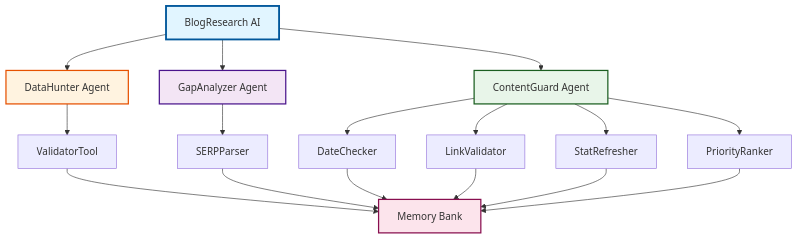
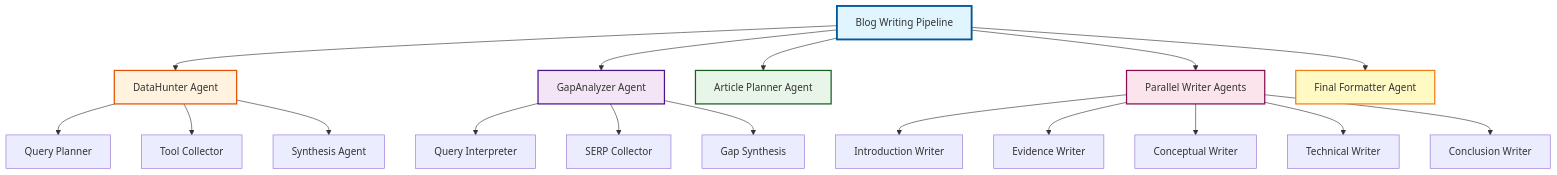
Before and after one commit to vishvjit18/From-10-to-2-The-AI-Agent-That-Writes-Enterprise-Blogs-5x-Faster: the diagram in README.md, drawn with Mermaid. The commit also changed other lines of this file and 12 other files, not shown here.

````diff
--- a/README.md
+++ b/README.md
@@ -27,26 +27,29 @@
 ```mermaid
 flowchart TD
-    A[BlogResearch AI] --> B[DataHunter Agent]
+    A[Blog Writing Pipeline] --> B[DataHunter Agent]
     A --> C[GapAnalyzer Agent]
-    A --> D[ContentGuard Agent]
+    A --> D[Article Planner Agent]
+    A --> E[Parallel Writer Agents]
+    A --> F[Final Formatter Agent]
     
-    B --> E[ValidatorTool]
-    C --> F[SERPParser]
-    D --> G[DateChecker]
-    D --> H[LinkValidator]
-    D --> I[StatRefresher]
-    D --> J[PriorityRanker]
+    B --> B1[Query Planner]
+    B --> B2[Tool Collector]
+    B --> B3[Synthesis Agent]
     
-    E --> K[Memory Bank]
-    F --> K
-    G --> K
-    H --> K
-    I --> K
-    J --> K
+    C --> C1[Query Interpreter]
+    C --> C2[SERP Collector]
+    C --> C3[Gap Synthesis]
+    
+    E --> E1[Introduction Writer]
+    E --> E2[Evidence Writer]
+    E --> E3[Conceptual Writer]
+    E --> E4[Technical Writer]
+    E --> E5[Conclusion Writer]
     
     style A fill:#e1f5ff,stroke:#01579b,stroke-width:3px
     style B fill:#fff3e0,stroke:#e65100,stroke-width:2px
     style C fill:#f3e5f5,stroke:#4a148c,stroke-width:2px
     style D fill:#e8f5e9,stroke:#1b5e20,stroke-width:2px
-    style K fill:#fce4ec,stroke:#880e4f,stroke-width:2px
+    style E fill:#fce4ec,stroke:#880e4f,stroke-width:2px
+    style F fill:#fff9c4,stroke:#f57f17,stroke-width:2px
 ```
````
